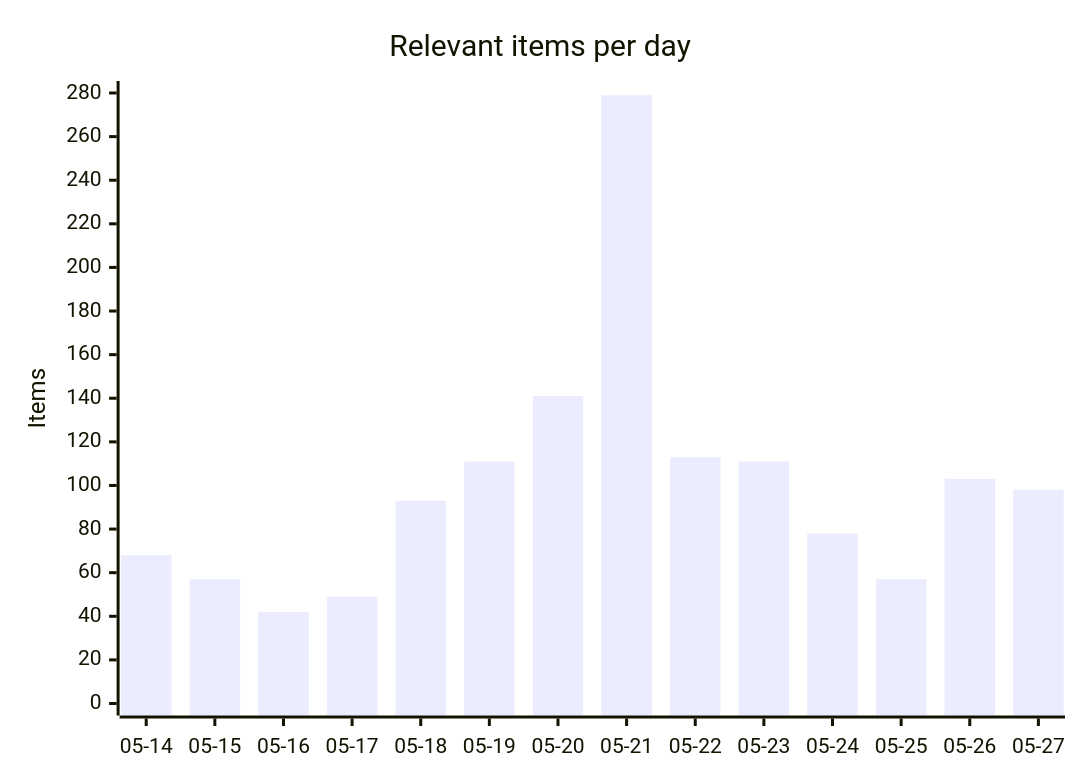
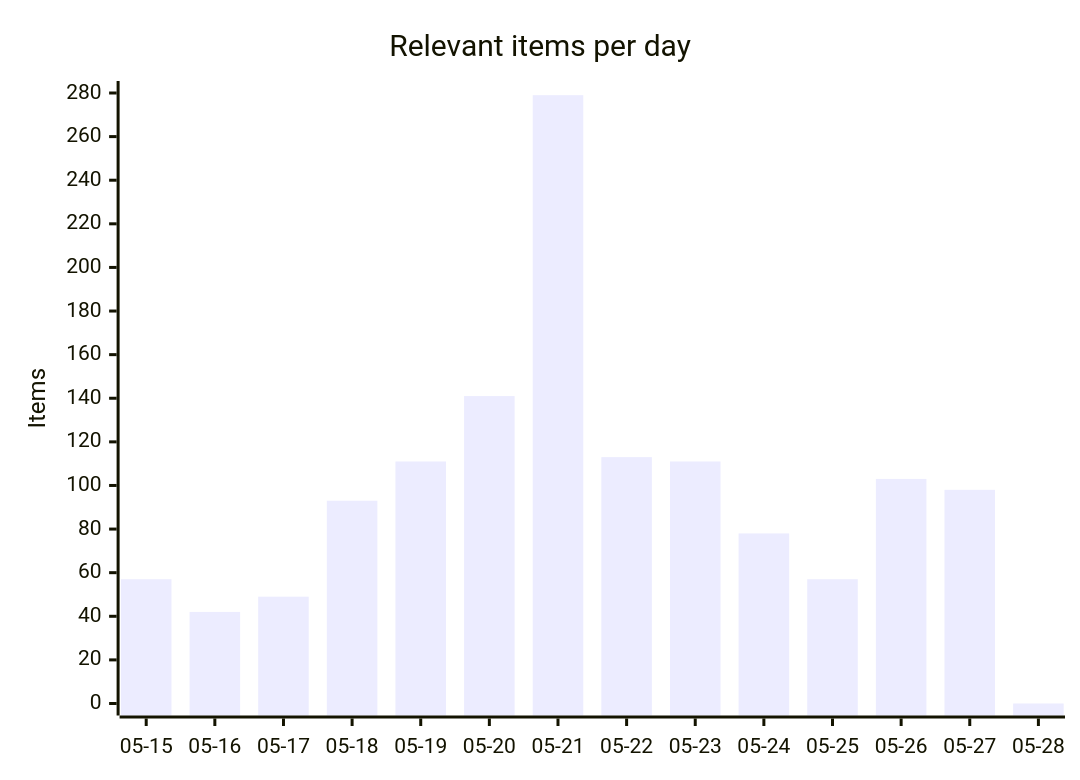
The first of 4 diagrams in README.md (martinbalfanz/social-scanner-reports), drawn with Mermaid before and after one commit. The commit also changed other lines of this file and 4 other files, not shown here.

````diff
--- a/README.md
+++ b/README.md
@@ -30,7 +30,7 @@
 ```mermaid
 xychart-beta
     title "Relevant items per day"
-    x-axis ["05-14", "05-15", "05-16", "05-17", "05-18", "05-19", "05-20", "05-21", "05-22", "05-23", "05-24", "05-25", "05-26", "05-27"]
+    x-axis ["05-15", "05-16", "05-17", "05-18", "05-19", "05-20", "05-21", "05-22", "05-23", "05-24", "05-25", "05-26", "05-27", "05-28"]
     y-axis "Items" 0 --> 280
-    bar [68, 57, 42, 49, 93, 111, 141, 279, 113, 111, 78, 57, 103, 98]
+    bar [57, 42, 49, 93, 111, 141, 279, 113, 111, 78, 57, 103, 98, 0]
 ```
````
